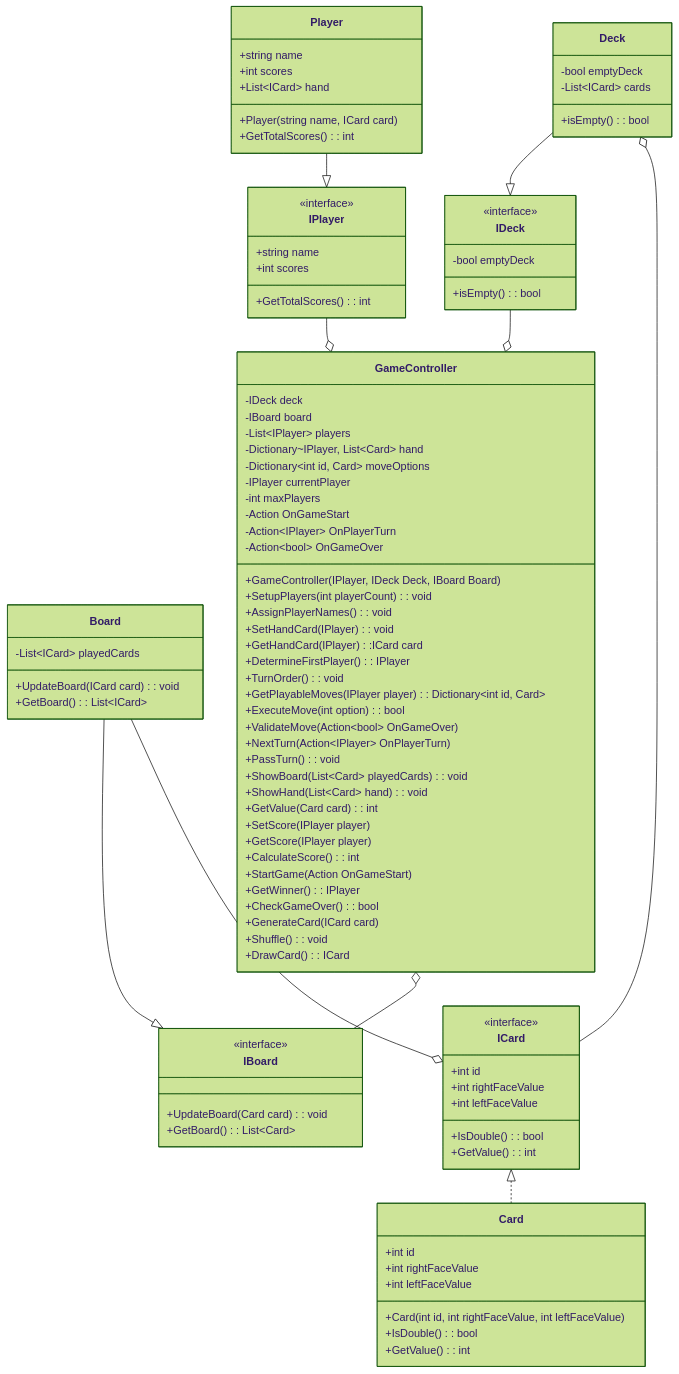
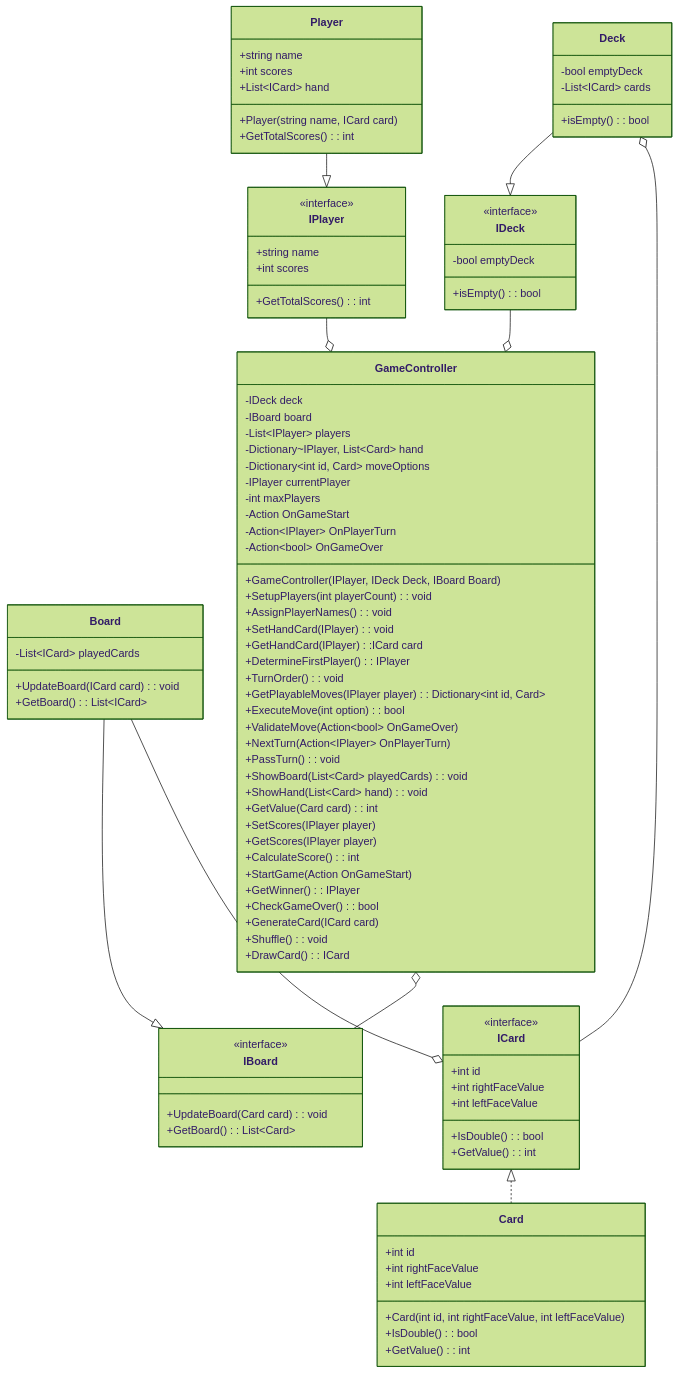
One commit to RavenFajar/bootCamp13 changed the diagram in Day6/DiagramClassProject/Domino.mmd. Above: the diagram before and after it, drawn with Mermaid (forest theme).

```diff
--- a/Day6/DiagramClassProject/Domino.mmd
+++ b/Day6/DiagramClassProject/Domino.mmd
@@ -1,96 +1,96 @@
 classDiagram
 class IPlayer{
     <<interface>>
     +string name
     +int scores
     +GetTotalScores() : int
 }
 class Player{
     +string name
     +int scores
     +List~ICard~ hand
     +Player(string name, ICard card)
     +GetTotalScores() : int
 }
 class ICard{
     <<interface>>
     +int id
     +int rightFaceValue
     +int leftFaceValue 
     +IsDouble() : bool
     +GetValue() : int
 }
 class IDeck{
     <<interface>>
     -bool emptyDeck
     +isEmpty() : bool
 }
 class IBoard{
     <<interface>>
     +UpdateBoard(Card card) : void
     +GetBoard() : List~Card~
    
 }
 class Deck{
     -bool emptyDeck
     -List~ICard~ cards
     +isEmpty() : bool
 }
 class Board{
     -List~ICard~ playedCards
     +UpdateBoard(ICard card) : void
     +GetBoard() : List~ICard~
 }
 class Card{
     +int id
     +int rightFaceValue
     +int leftFaceValue   
     +Card(int id, int rightFaceValue, int leftFaceValue) 
     +IsDouble() : bool
     +GetValue() : int
 }
 class GameController{
     -IDeck deck
     -IBoard board
     -List~IPlayer~ players
     -Dictionary~IPlayer, List~Card~ hand
     -Dictionary~int id, Card~ moveOptions
     -IPlayer currentPlayer
     -int maxPlayers
     -Action OnGameStart
     -Action~IPlayer~ OnPlayerTurn
     -Action~bool~ OnGameOver
     +GameController(IPlayer, IDeck Deck, IBoard Board)
     +SetupPlayers(int playerCount) : void
     +AssignPlayerNames() : void
     +SetHandCard(IPlayer): void
     +GetHandCard(IPlayer):ICard card
     +DetermineFirstPlayer() : IPlayer
     +TurnOrder() : void
     +GetPlayableMoves(IPlayer player) : Dictionary~int id, Card~
     +ExecuteMove(int option) : bool
     +ValidateMove(Action~bool~ OnGameOver)
     +NextTurn(Action~IPlayer~ OnPlayerTurn)
     +PassTurn() : void
     +ShowBoard(List~Card~ playedCards) : void
     +ShowHand(List~Card~ hand) : void
     +GetValue(Card card) : int
-    +SetScore(IPlayer player)
-    +GetScore(IPlayer player)
+    +SetScores(IPlayer player)
+    +GetScores(IPlayer player)
     +CalculateScore() : int
     +StartGame(Action OnGameStart)
     +GetWinner() : IPlayer
     +CheckGameOver() : bool
     +GenerateCard(ICard card)
     +Shuffle() : void
     +DrawCard() : ICard
 }
 IPlayer --o GameController 
 IDeck --o GameController
 GameController o-- IBoard
 Deck --|> IDeck 
 Board --|> IBoard 
 Player --|> IPlayer 
 Deck o-- ICard
 Board --o ICard
 ICard <|.. Card 
```
